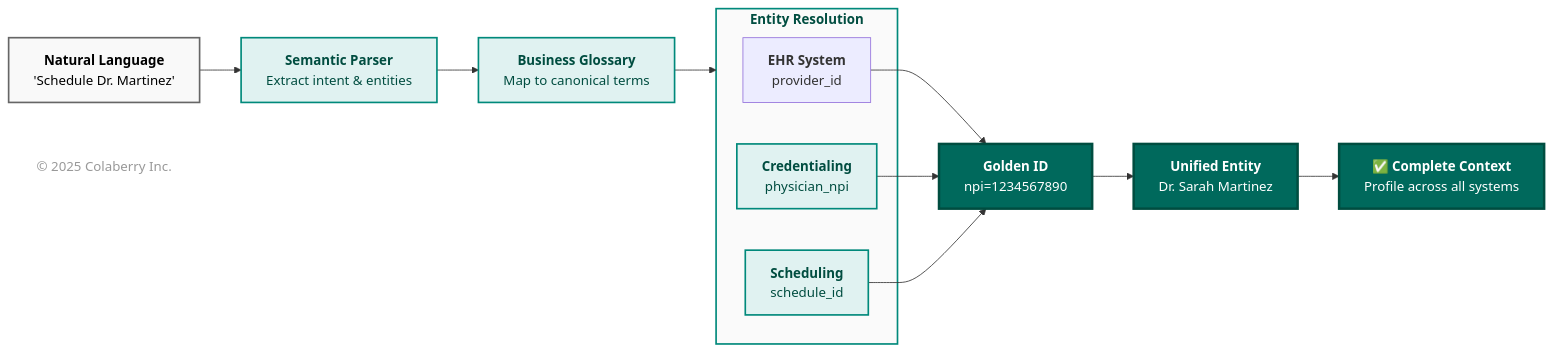
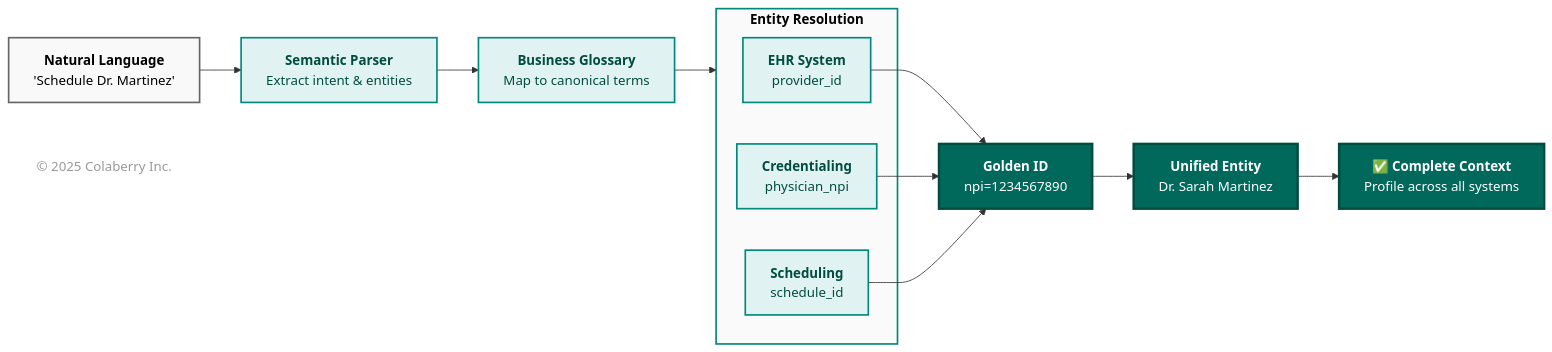
One commit to colaberry/enterprise-data-readiness-ai-agents changed the sixth of 16 diagrams in chapter-01/chapter_1_complete.md. Above: the diagram before and after it, drawn with Mermaid. The commit also changed other lines of this file, not shown here.

````diff
--- a/chapter-01/chapter_1_complete.md
+++ b/chapter-01/chapter_1_complete.md
@@ -801,44 +842,45 @@
 ```mermaid
 flowchart LR
     NL["<b>Natural Language</b><br/>'Schedule Dr. Martinez'"]
     
     PARSE["<b>Semantic Parser</b><br/>Extract intent & entities"]
     
     GLOSS["<b>Business Glossary</b><br/>Map to canonical terms"]
     
     subgraph resolve["<b>Entity Resolution</b>"]
         E1["<b>EHR System</b><br/>provider_id"]
         E2["<b>Credentialing</b><br/>physician_npi"]
         E3["<b>Scheduling</b><br/>schedule_id"]
     end
     
     GOLD["<b>Golden ID</b><br/>npi=1234567890"]
     
     ENTITY["<b>Unified Entity</b><br/>Dr. Sarah Martinez"]
     
     CONTEXT["<b>✅ Complete Context</b><br/>Profile across all systems"]
     
     NL --> PARSE
     PARSE --> GLOSS
     GLOSS --> resolve
     E1 --> GOLD
     E2 --> GOLD
     E3 --> GOLD
     GOLD --> ENTITY
     ENTITY --> CONTEXT
     
     style NL fill:#f9f9f9,stroke:#666666,stroke-width:2px,color:#000000
     style PARSE fill:#e0f2f1,stroke:#00897b,stroke-width:2px,color:#004d40
     style GLOSS fill:#e0f2f1,stroke:#00897b,stroke-width:2px,color:#004d40
-    style resolve fill:#fafafa,stroke:#00897b,stroke-width:2px,color:#000000    style E1 fill:#e0f2f1,stroke:#00897b,stroke-width:2px,color:#004d40
+    style resolve fill:#fafafa,stroke:#00897b,stroke-width:2px,color:#000000
+    style E1 fill:#e0f2f1,stroke:#00897b,stroke-width:2px,color:#004d40
     style E2 fill:#e0f2f1,stroke:#00897b,stroke-width:2px,color:#004d40
     style E3 fill:#e0f2f1,stroke:#00897b,stroke-width:2px,color:#004d40
     style GOLD fill:#00695c,color:#ffffff,stroke:#004d40,stroke-width:3px
     style ENTITY fill:#00695c,color:#ffffff,stroke:#004d40,stroke-width:3px
 
     %% Copyright Notice
     CR["© 2025 Colaberry Inc."]
 
     style CONTEXT fill:#00695c,color:#ffffff,stroke:#004d40,stroke-width:3px
     style CR fill:none,stroke:none,color:#999999
 ```
````
